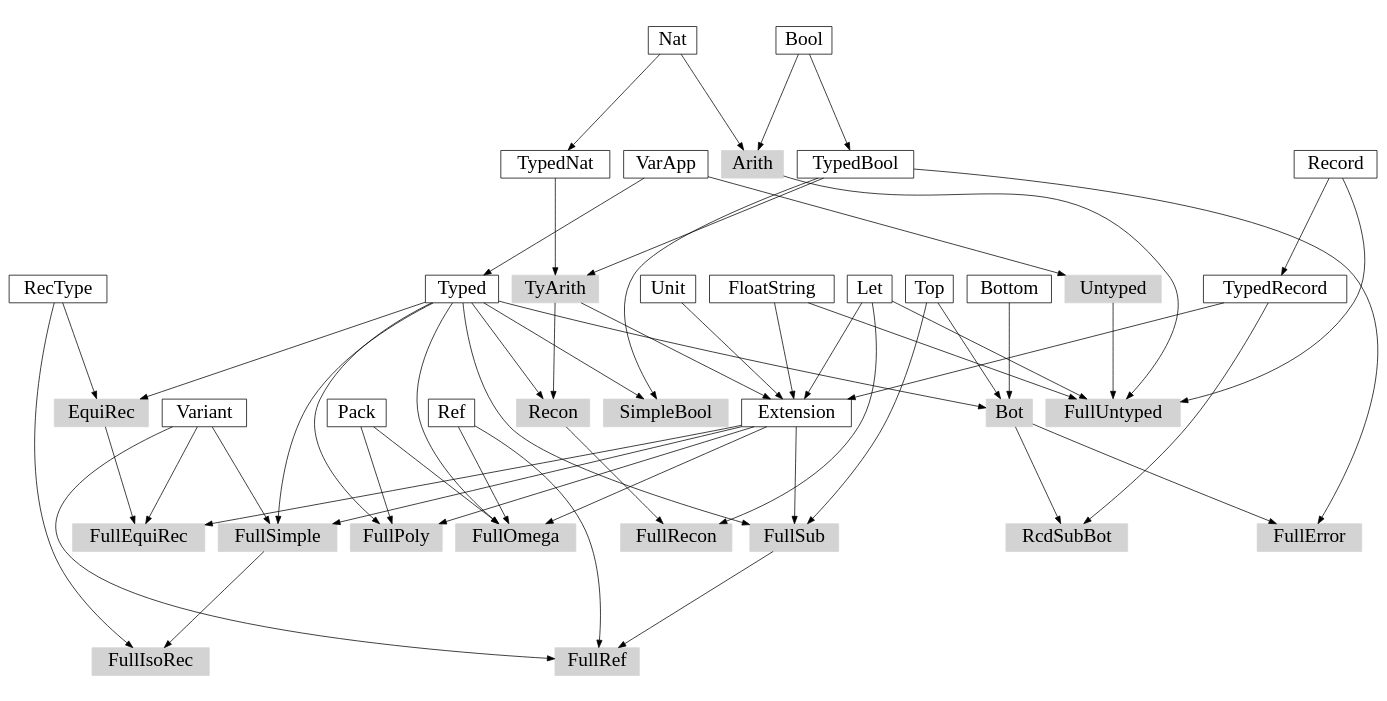
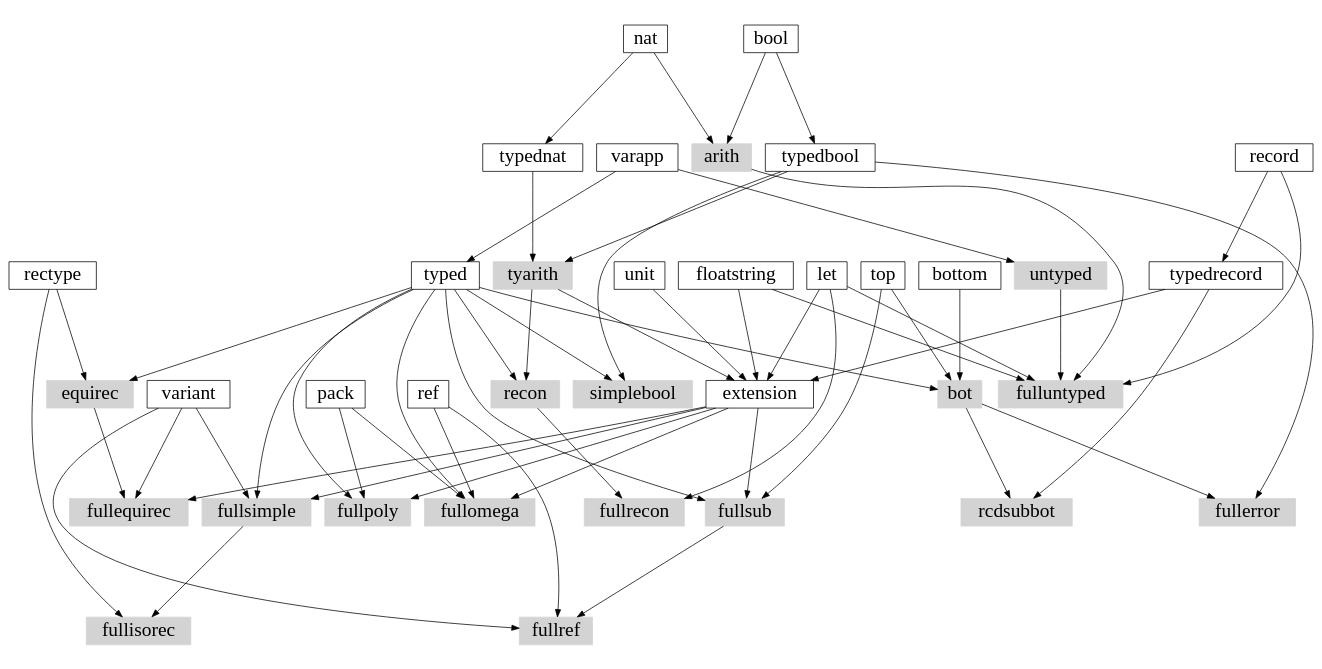
One commit to lihuanglx/tapl-visitor changed the diagram in misc/graph.dot. Above: the diagram before and after it, drawn with Graphviz.

Commit message:
Use lower case in dependency graph

```diff
--- a/misc/graph.dot
+++ b/misc/graph.dot
@@ -1,56 +1,56 @@
 digraph G {
     ratio=0.5;
     //splines=polyline;
 
     node[fontsize=26, shape=box];
 
     {
         node[style=filled, color=lightgray];
 
-        Arith;
-        Untyped;
-        FullUntyped;
-        TyArith;
-        SimpleBool;
-        FullSimple;
-        Bot;
-        FullRef;
-        FullError;
-        RcdSubBot;
-        FullSub;
-        FullEquiRec;
-        FullIsoRec;
-        EquiRec;
-        Recon;
-        FullRecon;
-        FullPoly;
-        FullOmega;
+        arith;
+        untyped;
+        fulluntyped;
+        tyarith;
+        simplebool;
+        fullsimple;
+        bot;
+        fullref;
+        fullerror;
+        rcdsubbot;
+        fullsub;
+        fullequirec;
+        fullisorec;
+        equirec;
+        recon;
+        fullrecon;
+        fullpoly;
+        fullomega;
     }
 
     // components
-    Bool -> TypedBool;
-    Nat -> TypedNat;
-    Record -> TypedRecord;
-    VarApp -> Typed;
-    TyArith, FloatString, Let, TypedRecord, Unit -> Extension;
+    bool -> typedbool;
+    nat -> typednat;
+    record -> typedrecord;
+    varapp -> typed;
+    tyarith, floatstring, let, typedrecord, unit -> extension;
 
     // calculi
-    Bool, Nat -> Arith;
-    VarApp -> Untyped;
-    Arith, Untyped, Record, FloatString, Let -> FullUntyped;
-    TypedBool, TypedNat -> TyArith;
-    Typed, TypedBool -> SimpleBool;
-    Typed, Extension, Variant -> FullSimple;
-    Typed, Top, Bottom -> Bot;
-    Bot, TypedBool -> FullError;
-    Bot, TypedRecord -> RcdSubBot;
-    Typed, Extension, Top -> FullSub;
-    FullSub, Variant, Ref -> FullRef;
-    Typed, RecType -> EquiRec;
-    EquiRec, Extension, Variant -> FullEquiRec;
-    FullSimple, RecType -> FullIsoRec;
-    Typed, TyArith -> Recon;
-    Recon, Let -> FullRecon;
-    Typed, Extension, Pack -> FullPoly;
-    Typed, Extension, Pack, Ref -> FullOmega;
+    bool, nat -> arith;
+    varapp -> untyped;
+    arith, untyped, record, floatstring, let -> fulluntyped;
+    typedbool, typednat -> tyarith;
+    typed, typedbool -> simplebool;
+    typed, extension, variant -> fullsimple;
+    typed, top, bottom -> bot;
+    bot, typedbool -> fullerror;
+    bot, typedrecord -> rcdsubbot;
+    typed, extension, top -> fullsub;
+    fullsub, variant, ref -> fullref;
+    typed, rectype -> equirec;
+    equirec, extension, variant -> fullequirec;
+    fullsimple, rectype -> fullisorec;
+    typed, tyarith -> recon;
+    recon, let -> fullrecon;
+    typed, extension, pack -> fullpoly;
+    typed, extension, pack, ref -> fullomega;
 }
```
